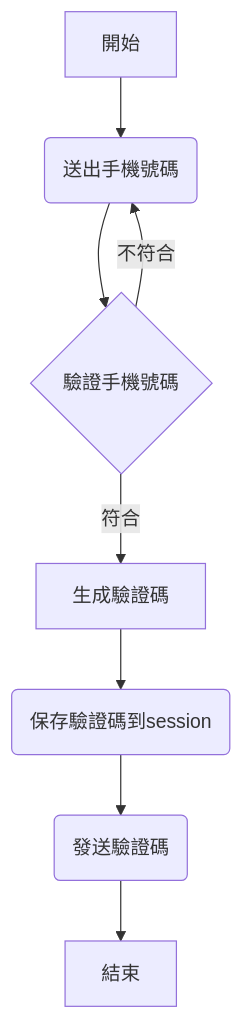
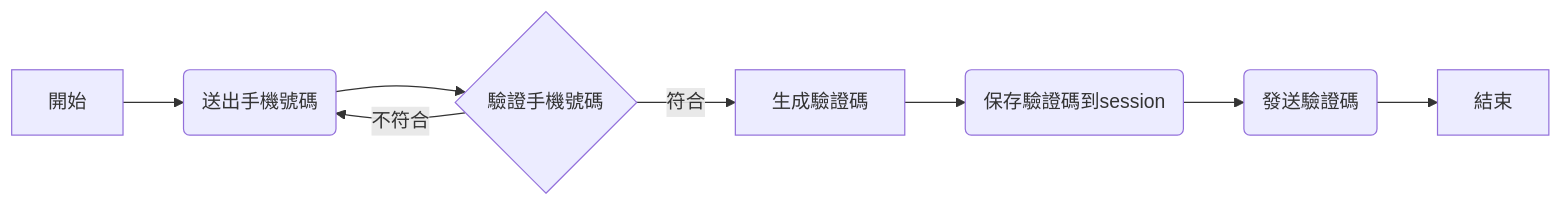
One commit to martinez-chen/obsidian changed the first of 3 diagrams in obsidian-vault/1-Fleeting/簡訊登入.md. Above: the diagram before and after it, drawn with Mermaid. The commit also changed other lines of this file and 5 other files, not shown here.

````diff
--- a/obsidian-vault/1-Fleeting/簡訊登入.md
+++ b/obsidian-vault/1-Fleeting/簡訊登入.md
@@ -5,12 +5,13 @@
-```mermaid height=98,auto
-graph TD 
-
-A[開始] --> B(送出手機號碼)
-    B --> C{驗證手機號碼}
-    C --> |不符合| B(送出手機號碼)
-    C --> |符合| E[生成驗證碼]
-    E --> F(保存驗證碼到session)
-    F --> G(發送驗證碼)
-    G --> Ｈ[結束]
-
-```
+	```mermaid 
+	
+	graph LR 
+	
+	A[開始] --> B(送出手機號碼)
+	    B --> C{驗證手機號碼}
+	    C --> |不符合| B(送出手機號碼)
+	    C --> |符合| E[生成驗證碼]
+	    E --> F(保存驗證碼到session)
+	    F --> G(發送驗證碼)
+	    G --> Ｈ[結束]
+	
+	```
````
